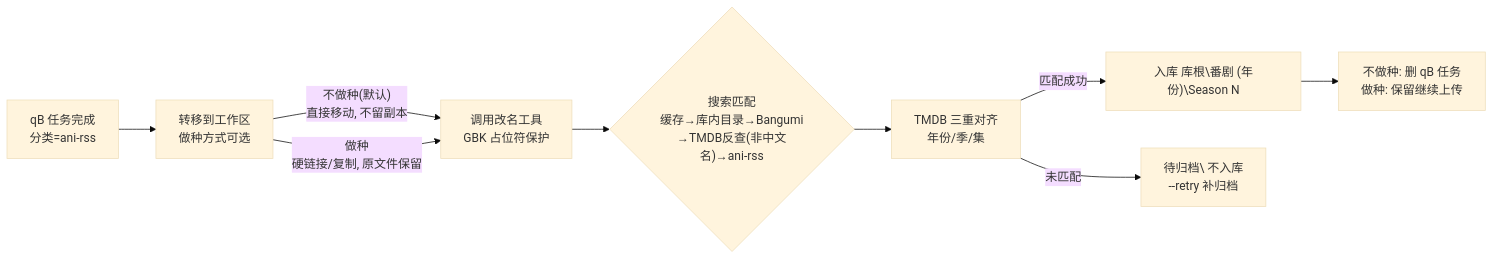
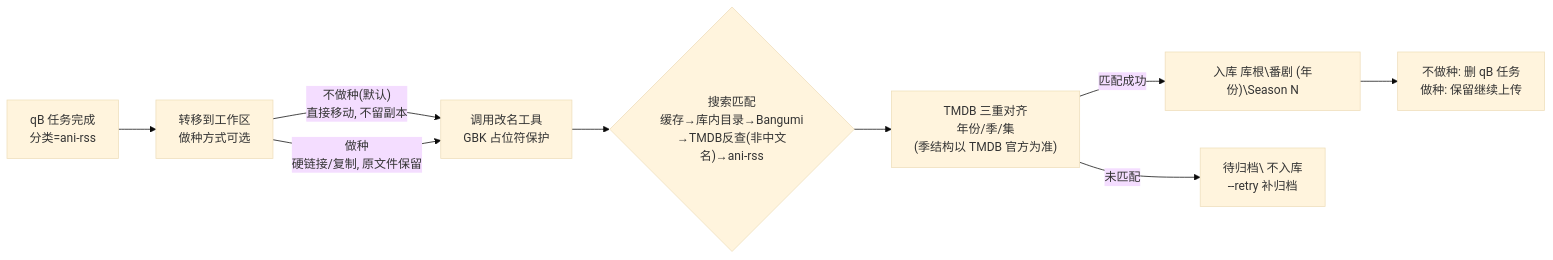
The diagram in README.md (DaisySG297/qb-bangumi-autorename), drawn with Mermaid (base theme) before and after one commit. The commit also changed other lines of this file and 2 other files, not shown here.

First line of the commit message:
feat(v26): TMDB 权威季列表 + 季结构本地回声纠正 + 目录名/集号对齐

````diff
--- a/README.md
+++ b/README.md
@@ -25,11 +26,11 @@
 ```mermaid
 flowchart LR
     A["qB 任务完成<br/>分类=ani-rss"] --> B["转移到工作区<br/>做种方式可选"]
     B -->|"不做种(默认)<br/>直接移动, 不留副本"| C["调用改名工具<br/>GBK 占位符保护"]
     B -->|"做种<br/>硬链接/复制, 原文件保留"| C
     C --> D{"搜索匹配<br/>缓存→库内目录→Bangumi<br/>→TMDB反查(非中文名)→ani-rss"}
-    D --> E["TMDB 三重对齐<br/>年份/季/集"]
+    D --> E["TMDB 三重对齐<br/>年份/季/集<br/>(季结构以 TMDB 官方为准)"]
     E -->|匹配成功| F["入库 库根#92;番剧 (年份)#92;Season N"]
     E -->|未匹配| G["待归档#92; 不入库<br/>--retry 补归档"]
     F --> H["不做种: 删 qB 任务<br/>做种: 保留继续上传"]
 ```
````
